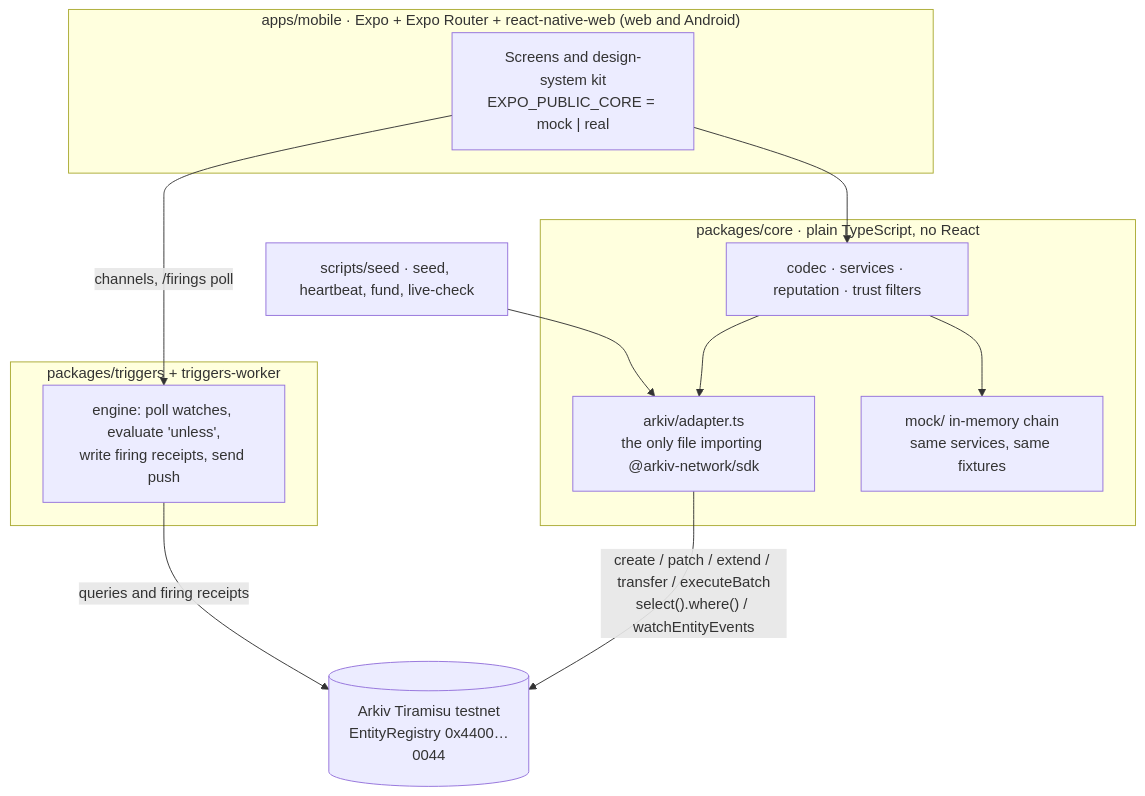
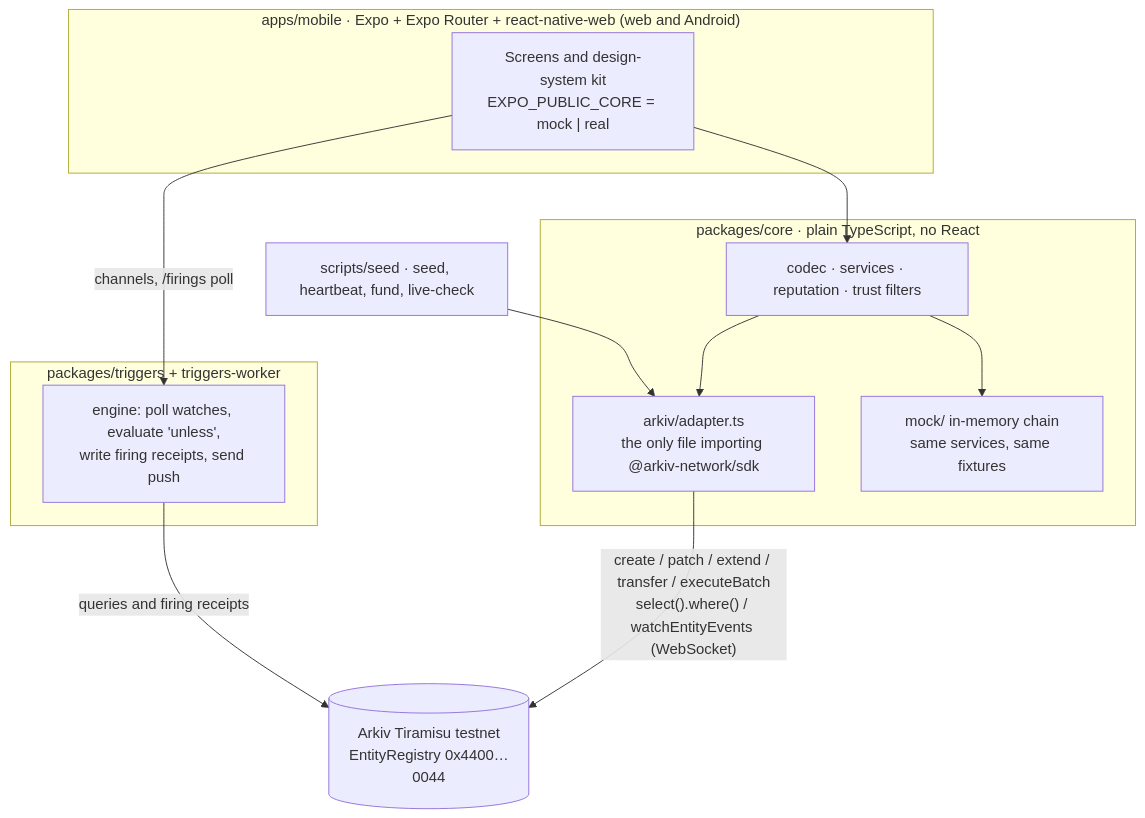
Before and after one commit to ayush18pop/bhaiya-please: the second of 2 diagrams in README.md, drawn with Mermaid. The commit also changed other lines of this file and 8 other files, not shown here.

Commit message:
feat: live updates over one WebSocket (owner-filtered, no extra reads), polling fallback; docs updated

````diff
--- a/README.md
+++ b/README.md
@@ -287,21 +288,21 @@
 ```mermaid
 flowchart TB
     subgraph Client["apps/mobile · Expo + Expo Router + react-native-web (web and Android)"]
         UI["Screens and design-system kit<br/>EXPO_PUBLIC_CORE = mock | real"]
     end
     subgraph Core["packages/core · plain TypeScript, no React"]
         SVC["codec · services · reputation · trust filters"]
         ADP["arkiv/adapter.ts<br/>the only file importing @arkiv-network/sdk"]
         MOCK["mock/ in-memory chain<br/>same services, same fixtures"]
     end
     subgraph Trig["packages/triggers + triggers-worker"]
         ENG["engine: poll watches, evaluate 'unless',<br/>write firing receipts, send push"]
     end
     UI --> SVC
     SVC --> ADP
     SVC --> MOCK
-    ADP -->|"create / patch / extend / transfer / executeBatch<br/>select().where() / watchEntityEvents"| CHAIN[("Arkiv Tiramisu testnet<br/>EntityRegistry 0x4400…0044")]
+    ADP -->|"create / patch / extend / transfer / executeBatch<br/>select().where() / watchEntityEvents (WebSocket)"| CHAIN[("Arkiv Tiramisu testnet<br/>EntityRegistry 0x4400…0044")]
     ENG -->|"queries and firing receipts"| CHAIN
     UI -->|"channels, /firings poll"| ENG
     OPS["scripts/seed · seed, heartbeat, fund, live-check"] --> ADP
 ```
````
